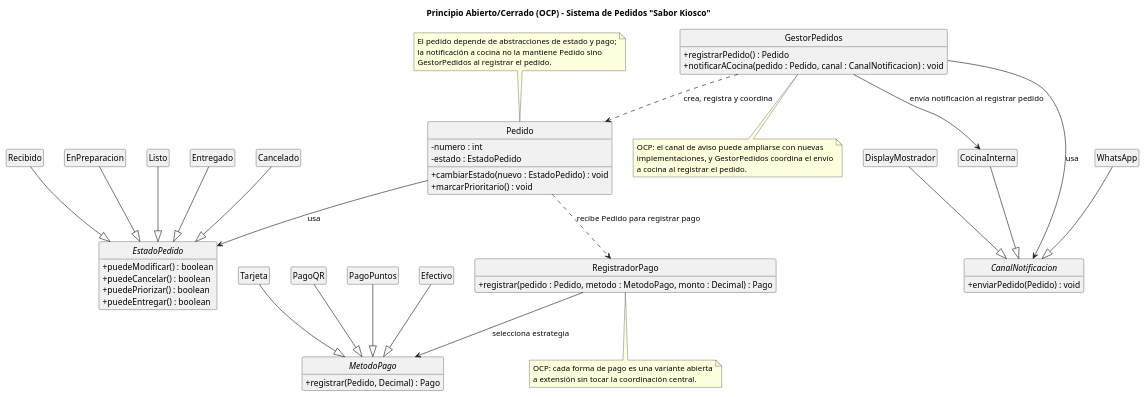
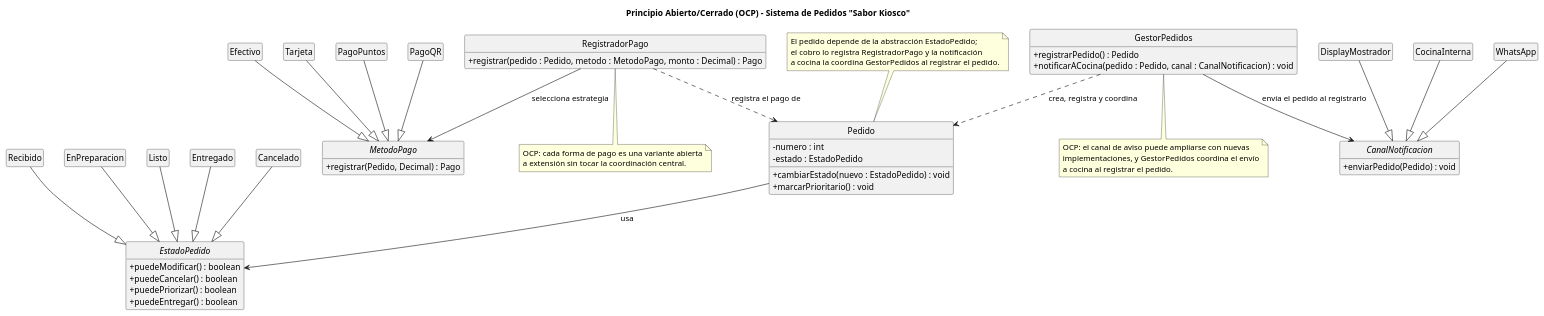
One commit to lucasmengarelli3/SistemaPedidos changed the diagram in diagramas/01-diagrama-clases/01-solid-02-ocp.puml. Above: the diagram before and after it, drawn with PlantUML. The commit also changed 4 other files, not shown here.

```diff
--- a/diagramas/01-diagrama-clases/01-solid-02-ocp.puml
+++ b/diagramas/01-diagrama-clases/01-solid-02-ocp.puml
@@ -1,93 +1,92 @@
 @startuml
 skinparam shadowing false
 skinparam classAttributeIconSize 0
 hide empty members
 hide circle
 
 title Principio Abierto/Cerrado (OCP) - Sistema de Pedidos "Sabor Kiosco"
 
 abstract class EstadoPedido {
   + puedeModificar() : boolean
   + puedeCancelar() : boolean
   + puedePriorizar() : boolean
   + puedeEntregar() : boolean
 }
 
 class Recibido
 class EnPreparacion
 class Listo
 class Entregado
 class Cancelado
 
 abstract class MetodoPago {
   + registrar(Pedido, Decimal) : Pago
 }
 
 class Efectivo
 class Tarjeta
 class PagoQR
 class PagoPuntos
 
 abstract class CanalNotificacion {
   + enviarPedido(Pedido) : void
 }
 
 class CocinaInterna
 class WhatsApp
 class DisplayMostrador
 
 class Pedido {
   - numero : int
   - estado : EstadoPedido
   + cambiarEstado(nuevo : EstadoPedido) : void
   + marcarPrioritario() : void
 }
 
 class RegistradorPago {
   + registrar(pedido : Pedido, metodo : MetodoPago, monto : Decimal) : Pago
 }
 
 class GestorPedidos {
   + registrarPedido() : Pedido
   + notificarACocina(pedido : Pedido, canal : CanalNotificacion) : void
 }
 
 Recibido --|> EstadoPedido
 EnPreparacion --|> EstadoPedido
 Listo --|> EstadoPedido
 Entregado --|> EstadoPedido
 Cancelado --|> EstadoPedido
 
 Efectivo --|> MetodoPago
 Tarjeta --|> MetodoPago
 PagoQR --|> MetodoPago
 PagoPuntos --|> MetodoPago
 
 CocinaInterna --|> CanalNotificacion
 WhatsApp --|> CanalNotificacion
 DisplayMostrador --|> CanalNotificacion
 
 Pedido --> EstadoPedido : usa
-Pedido ..> RegistradorPago : recibe Pedido para registrar pago
+RegistradorPago ..> Pedido : registra el pago de
 RegistradorPago --> MetodoPago : selecciona estrategia
-GestorPedidos --> CanalNotificacion : usa
-GestorPedidos --> CocinaInterna : envía notificación al registrar pedido
+GestorPedidos --> CanalNotificacion : envía el pedido al registrarlo
 GestorPedidos ..> Pedido : crea, registra y coordina
 
 note top of Pedido
-  El pedido depende de abstracciones de estado y pago;
-  la notificación a cocina no la mantiene Pedido sino
-  GestorPedidos al registrar el pedido.
+  El pedido depende de la abstracción EstadoPedido;
+  el cobro lo registra RegistradorPago y la notificación
+  a cocina la coordina GestorPedidos al registrar el pedido.
 end note
 
 note bottom of RegistradorPago
   OCP: cada forma de pago es una variante abierta
   a extensión sin tocar la coordinación central.
 end note
 
 note bottom of GestorPedidos
   OCP: el canal de aviso puede ampliarse con nuevas
   implementaciones, y GestorPedidos coordina el envío
   a cocina al registrar el pedido.
 end note
 @enduml
```
